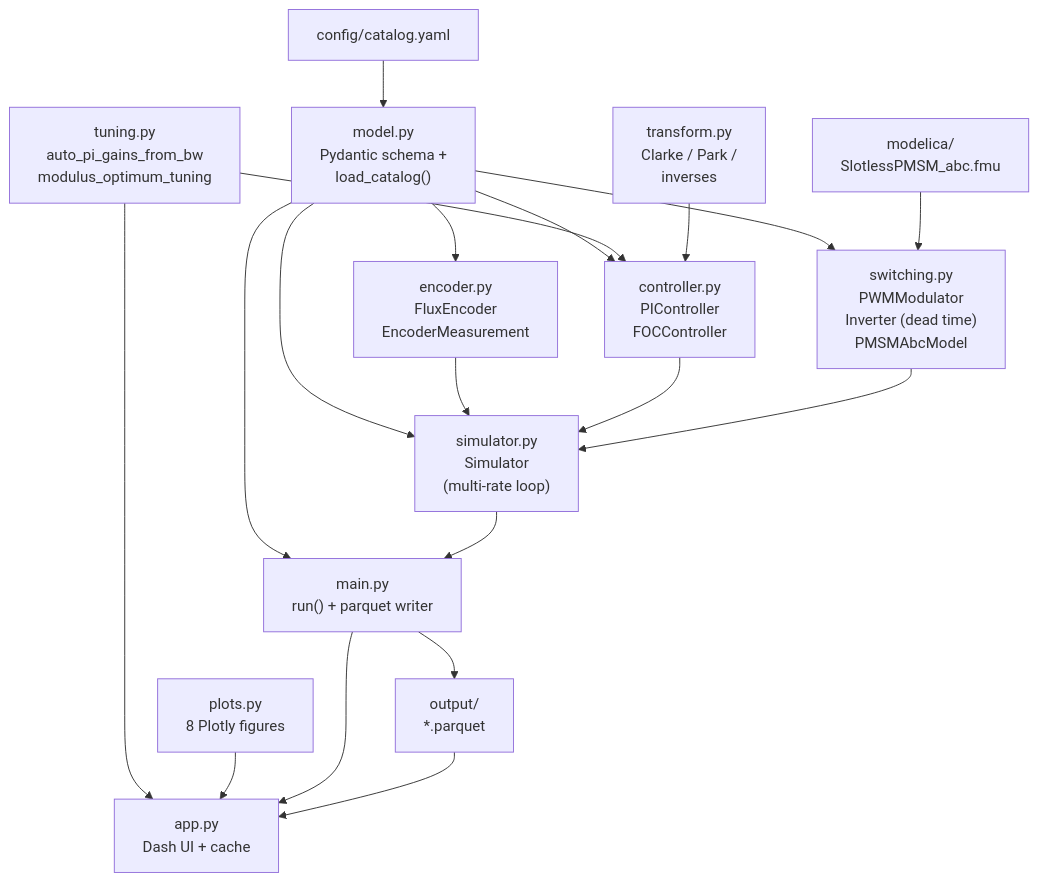
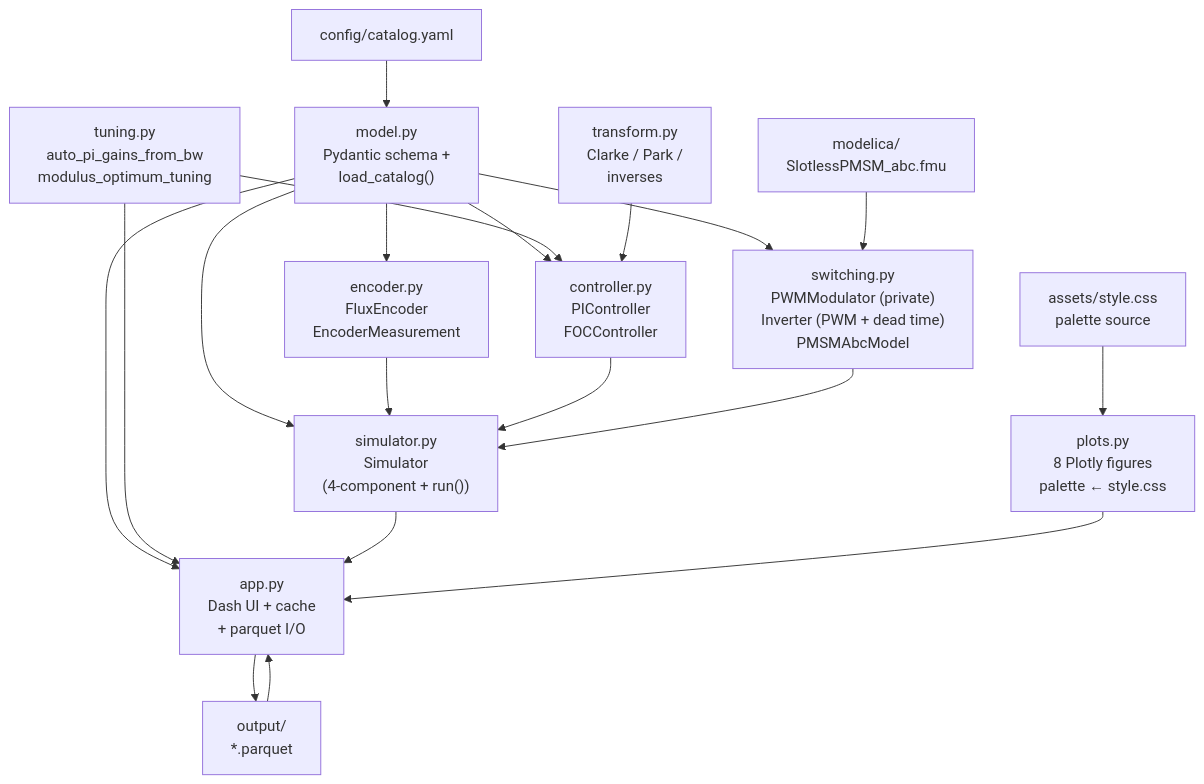
Before and after one commit to PhillipMaree/slimtorq-control: the third of 3 diagrams in README.md, drawn with Mermaid. The commit also changed other lines of this file and 9 other files, not shown here.

````diff
--- a/README.md
+++ b/README.md
@@ -108,55 +89,57 @@
 ```mermaid
 graph TD
     catalog["config/catalog.yaml"]
     model["model.py
     Pydantic schema +
     load_catalog()"]
     tuning["tuning.py
     auto_pi_gains_from_bw
     modulus_optimum_tuning"]
     transform["transform.py
     Clarke / Park /
     inverses"]
     controller["controller.py
     PIController
     FOCController"]
     encoder["encoder.py
     FluxEncoder
     EncoderMeasurement"]
     switching["switching.py
-    PWMModulator
-    Inverter (dead time)
+    PWMModulator (private)
+    Inverter (PWM + dead time)
     PMSMAbcModel"]
     fmu["modelica/
     SlotlessPMSM_abc.fmu"]
     simulator["simulator.py
     Simulator
-    (multi-rate loop)"]
-    main["main.py
-    run() + parquet writer"]
+    (4-component + run())"]
     plots["plots.py
-    8 Plotly figures"]
+    8 Plotly figures
+    palette ← style.css"]
+    css["assets/style.css
+    palette source"]
     app["app.py
-    Dash UI + cache"]
+    Dash UI + cache
+    + parquet I/O"]
     parquet["output/
     *.parquet"]
 
     catalog --> model
     model --> controller
     model --> switching
     model --> encoder
     model --> simulator
-    model --> main
+    model --> app
     tuning --> controller
     tuning --> app
     transform --> controller
     encoder --> simulator
     controller --> simulator
     switching --> simulator
     fmu --> switching
-    simulator --> main
-    main --> parquet
+    simulator --> app
+    css --> plots
     plots --> app
-    main --> app
+    app --> parquet
     parquet --> app
 ```
````
